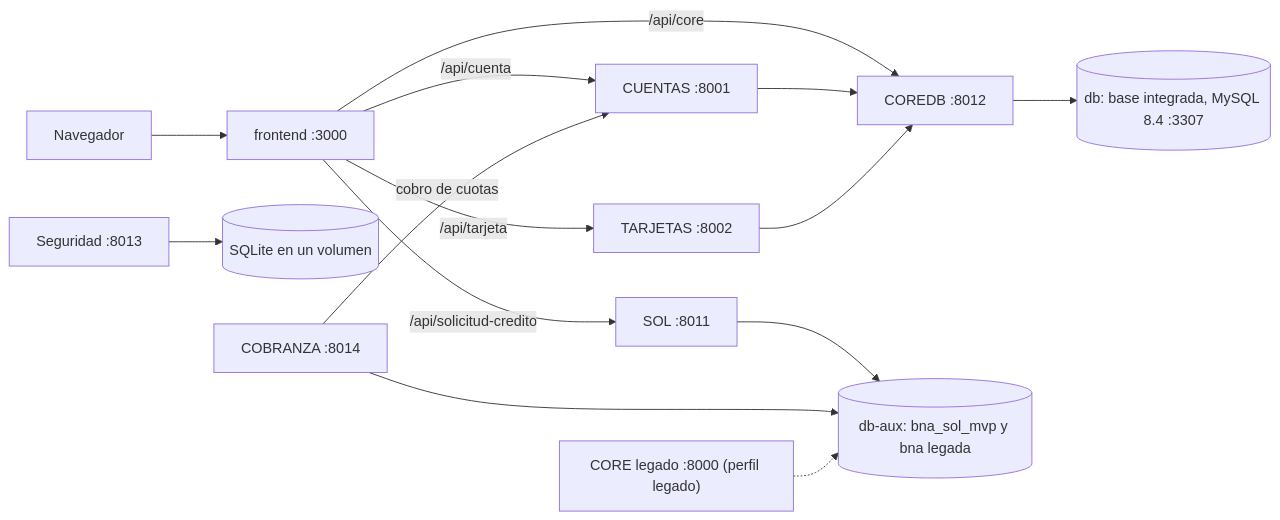
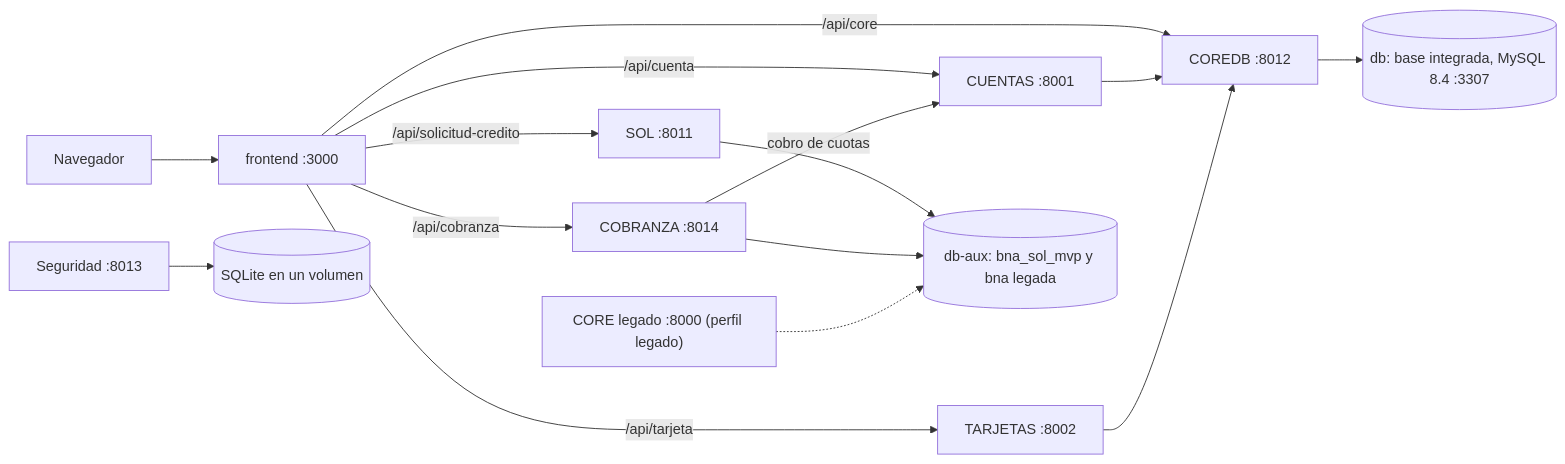
Before and after one commit to SantiagoCusirramos/Banco_Nacional_Arequipa: the diagram in README.md, drawn with Mermaid. The commit also changed other lines of this file and 11 other files, not shown here.

````diff
--- a/README.md
+++ b/README.md
@@ -43,16 +43,17 @@
 ```mermaid
 flowchart LR
   nav["Navegador"] --> fe["frontend :3000"]
   fe -->|"/api/core"| coredb["COREDB :8012"]
   fe -->|"/api/cuenta"| cta["CUENTAS :8001"]
   fe -->|"/api/tarjeta"| tar["TARJETAS :8002"]
   fe -->|"/api/solicitud-credito"| sol["SOL :8011"]
+  fe -->|"/api/cobranza"| cob["COBRANZA :8014"]
   cta --> coredb
   tar --> coredb
   coredb --> db[("db: base integrada, MySQL 8.4 :3307")]
   sol --> aux[("db-aux: bna_sol_mvp y bna legada")]
   seg["Seguridad :8013"] --> sq[("SQLite en un volumen")]
-  cob["COBRANZA :8014"] -->|"cobro de cuotas"| cta
+  cob -->|"cobro de cuotas"| cta
   cob --> aux
   leg["CORE legado :8000 (perfil legado)"] -.-> aux
 ```
````
